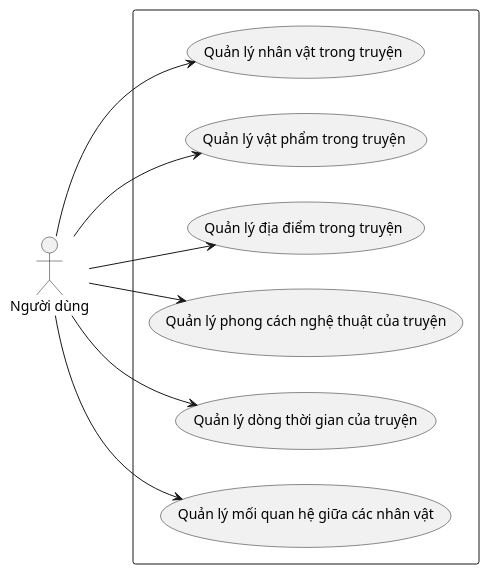
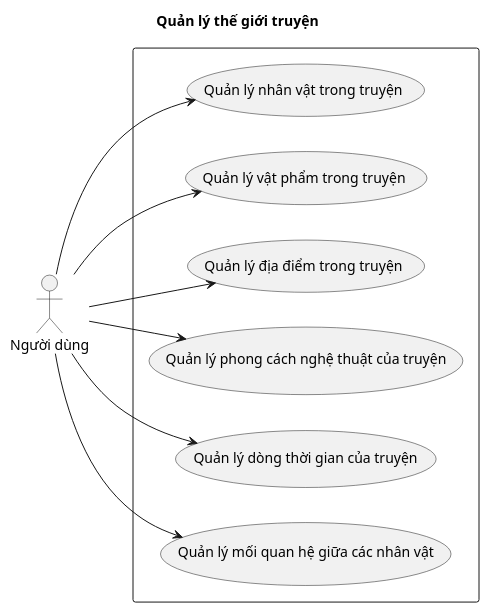
The diagram in docs/use-case-diagrams/uc_01.puml (202416852-anhpv/story2video-docs), drawn with PlantUML before and after one commit. The commit also changed 6 other files, not shown here.

Commit message:
docs: add titles to use case diagrams

```diff
--- a/docs/use-case-diagrams/uc_01.puml
+++ b/docs/use-case-diagrams/uc_01.puml
@@ -1,22 +1,23 @@
-@startuml uc_01
+@startuml
+title Quản lý thế giới truyện
 left to right direction
 
 actor "Người dùng" as User
 
 rectangle {
     usecase "Quản lý nhân vật trong truyện" as UC_01
     usecase "Quản lý vật phẩm trong truyện" as UC_02
     usecase "Quản lý địa điểm trong truyện" as UC_03
     usecase "Quản lý phong cách nghệ thuật của truyện" as UC_04
     usecase "Quản lý dòng thời gian của truyện" as UC_05
     usecase "Quản lý mối quan hệ giữa các nhân vật" as UC_06
 }
 
 User --> UC_01
 User --> UC_02
 User --> UC_03
 User --> UC_04
 User --> UC_05
 User --> UC_06
 
 @enduml
```
